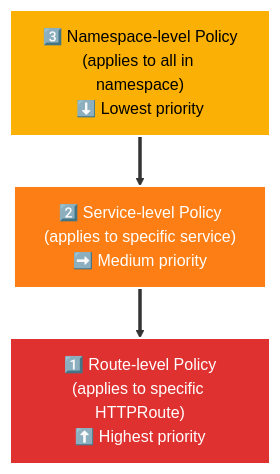
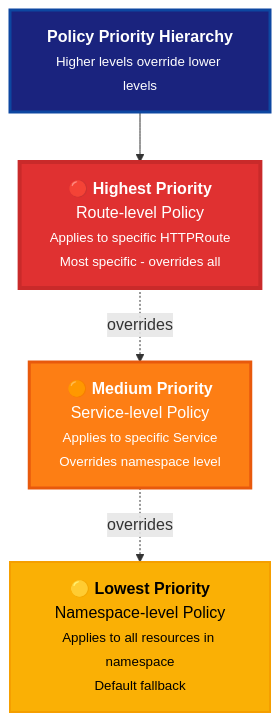
One commit to isItObservable/servicemeshsecuritybenchmark changed the tenth of 11 diagrams in docs/workshop.md. Above: the diagram before and after it, drawn with Mermaid. The commit also changed other lines of this file and 5 other files, not shown here.

````diff
--- a/docs/workshop.md
+++ b/docs/workshop.md
@@ -1632,12 +1664,19 @@
 ```mermaid
-flowchart TD
-    N["3️⃣ Namespace-level Policy<br/>(applies to all in namespace)<br/>⬇️ Lowest priority"]
-    S["2️⃣ Service-level Policy<br/>(applies to specific service)<br/>➡️ Medium priority"]
-    R["1️⃣ Route-level Policy<br/>(applies to specific HTTPRoute)<br/>⬆️ Highest priority"]
+flowchart TB
+    Title["<b>Policy Priority Hierarchy</b><br/><small>Higher levels override lower levels</small>"]
     
-    N ==> S ==> R
+    R["🔴 <b>Highest Priority</b><br/>Route-level Policy<br/><small>Applies to specific HTTPRoute</small><br/><small>Most specific - overrides all</small>"]
     
-    style N fill:#fab005,stroke:#fff,stroke-width:2px,color:#000
-    style S fill:#fd7e14,stroke:#fff,stroke-width:2px,color:#fff
-    style R fill:#e03131,stroke:#fff,stroke-width:2px,color:#fff
+    S["🟠 <b>Medium Priority</b><br/>Service-level Policy<br/><small>Applies to specific Service</small><br/><small>Overrides namespace level</small>"]
+    
+    N["🟡 <b>Lowest Priority</b><br/>Namespace-level Policy<br/><small>Applies to all resources in namespace</small><br/><small>Default fallback</small>"]
+    
+    Title --> R
+    R -.->|overrides| S
+    S -.->|overrides| N
+    
+    style Title fill:#1a237e,stroke:#0d47a1,stroke-width:3px,color:#fff
+    style R fill:#e03131,stroke:#c92a2a,stroke-width:4px,color:#fff
+    style S fill:#fd7e14,stroke:#e8590c,stroke-width:3px,color:#fff
+    style N fill:#fab005,stroke:#f59f00,stroke-width:2px,color:#000
 ```
````
